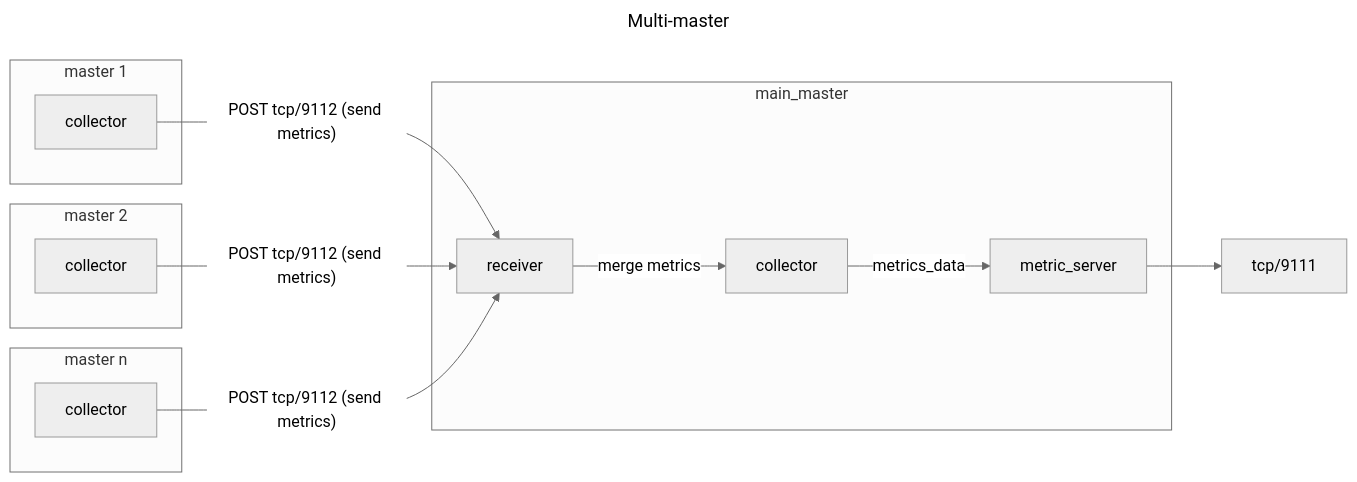
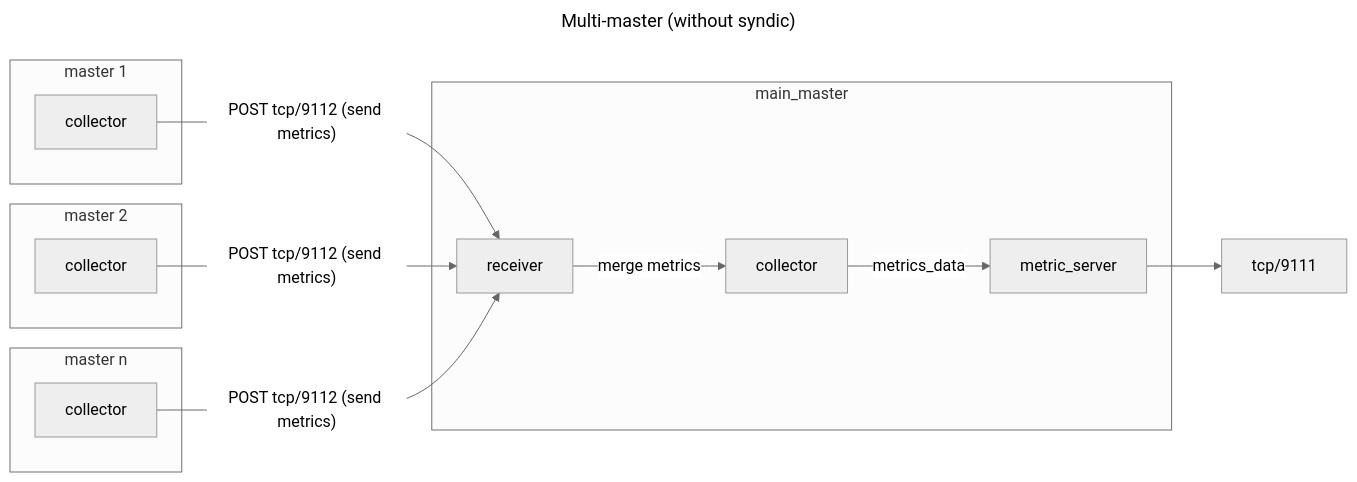
Before and after one commit to JoePeach88/salt-exporter: the second of 2 diagrams in docs/EN.md, drawn with Mermaid (neutral theme). The commit also changed other lines of this file and 5 other files, not shown here.

````diff
--- a/docs/EN.md
+++ b/docs/EN.md
@@ -37,28 +37,28 @@
 ```mermaid
 ---
-title: Multi-master
+title: Multi-master (without syndic)
 ---
 flowchart LR
   subgraph slave_master1[master 1]
     collector_slave1[collector]
   end
 
   subgraph slave_master2[master 2]
     collector_slave2[collector]
   end
 
   subgraph slave_master3[master n]
     collector_slave3[collector]
   end
 
   subgraph main_master
     collector_master[collector]
     metric_server
     receiver
   end
 
   collector_slave1 & collector_slave2 & collector_slave3--"POST tcp/9112 (send metrics)"-->receiver
   receiver--"merge metrics"-->collector_master
   collector_master--metrics_data-->metric_server
   metric_server-->expose_metrics[tcp/9111]
 ```
````
